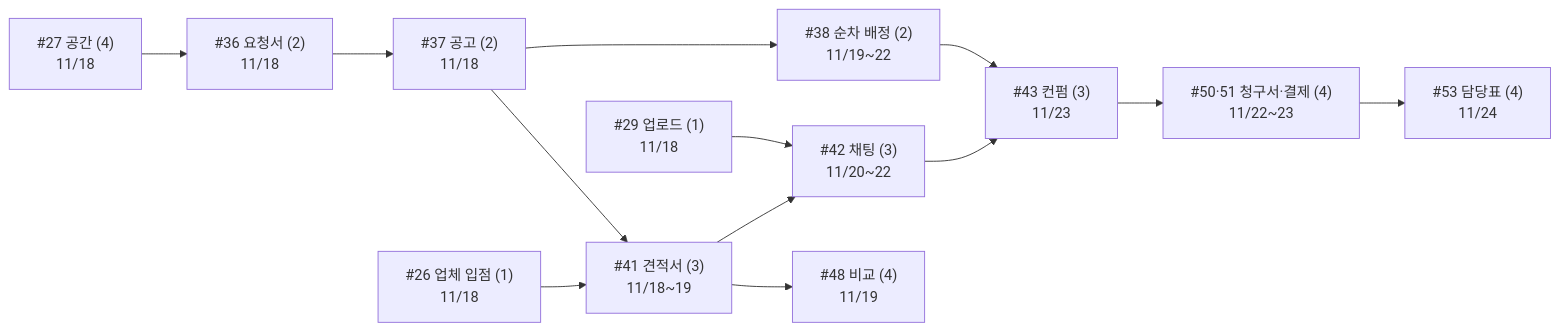
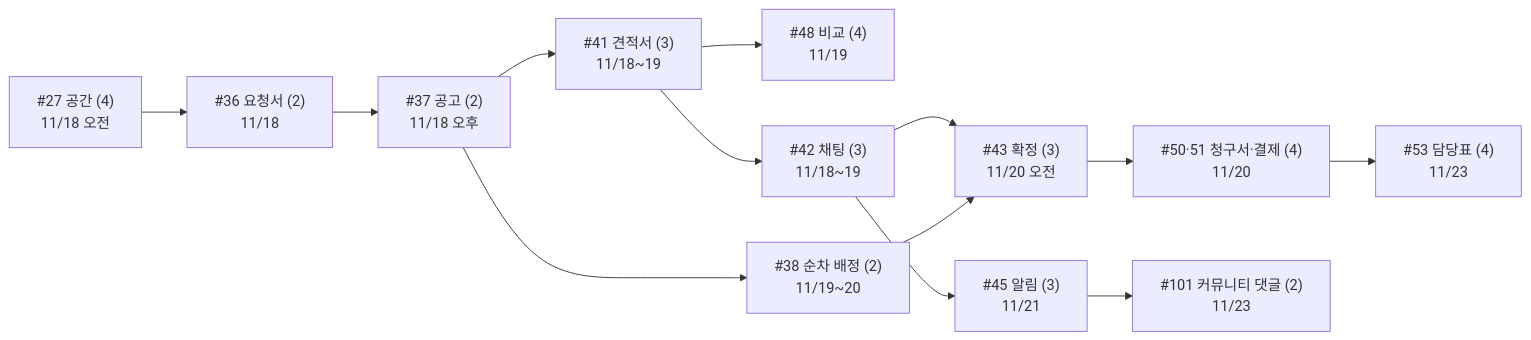
The diagram in docs/분업_계획.md (KHW1003/stage-duck), drawn with Mermaid before and after one commit. The commit also changed other lines of this file and 7 other files, not shown here.

````diff
--- a/docs/분업_계획.md
+++ b/docs/분업_계획.md
@@ -123,9 +258,8 @@
 ```mermaid
 flowchart LR
-    A["#36 요청서 (2)<br/>11/18"] --> B["#37 공고 (2)<br/>11/18"] --> C["#41 견적서 (3)<br/>11/18~19"] --> D["#48 비교 (4)<br/>11/19"]
-    C --> E["#42 채팅 (3)<br/>11/20~22"] --> F["#43 컨펌 (3)<br/>11/23"] --> G["#50·51 청구서·결제 (4)<br/>11/22~23"] --> H["#53 담당표 (4)<br/>11/24"]
-    B --> I["#38 순차 배정 (2)<br/>11/19~22"] --> F
-    S["#27 공간 (4)<br/>11/18"] --> A
-    U["#26 업체 입점 (1)<br/>11/18"] --> C
-    P["#29 업로드 (1)<br/>11/18"] --> E
+    S["#27 공간 (4)<br/>11/18 오전"] --> A["#36 요청서 (2)<br/>11/18"]
+    A --> B["#37 공고 (2)<br/>11/18 오후"] --> C["#41 견적서 (3)<br/>11/18~19"] --> D["#48 비교 (4)<br/>11/19"]
+    C --> E["#42 채팅 (3)<br/>11/18~19"] --> F["#43 확정 (3)<br/>11/20 오전"] --> G["#50·51 청구서·결제 (4)<br/>11/20"] --> H["#53 담당표 (4)<br/>11/23"]
+    B --> I["#38 순차 배정 (2)<br/>11/19~20"] --> F
+    E --> J["#45 알림 (3)<br/>11/21"] --> K["#101 커뮤니티 댓글 (2)<br/>11/23"]
 ```
````
